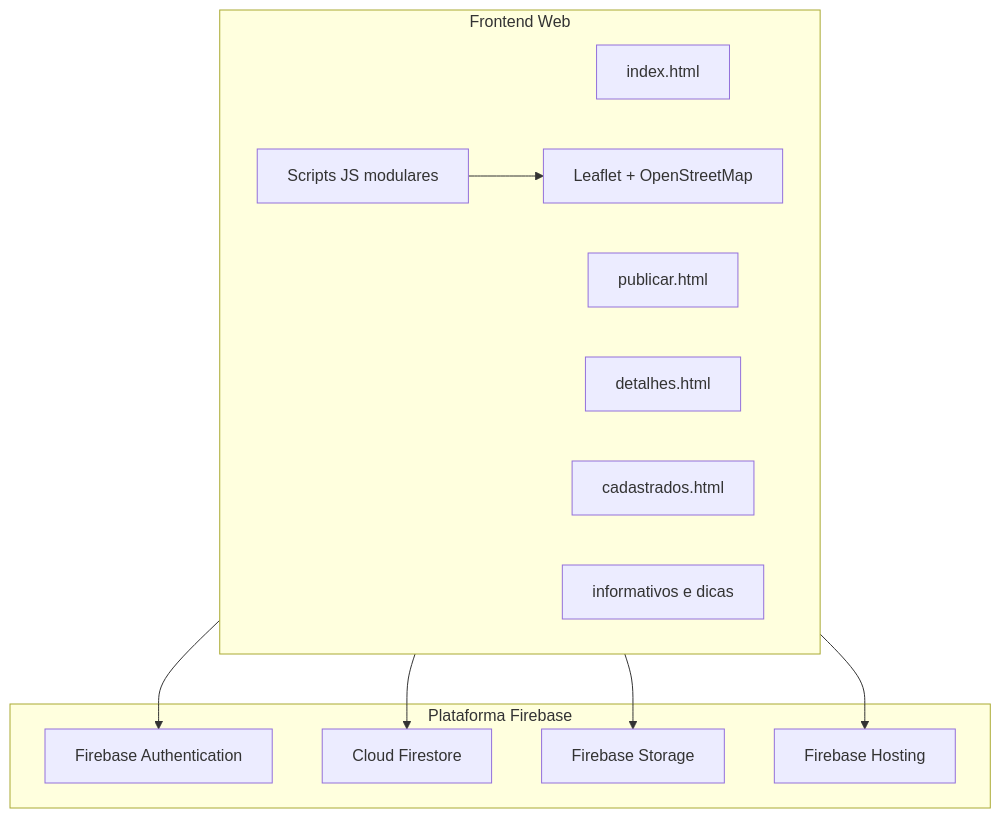
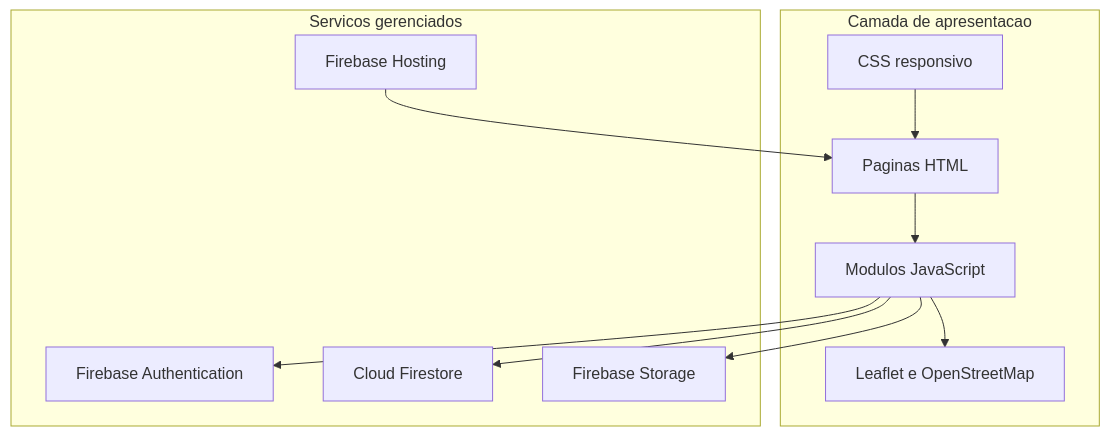
One commit to Reminsonrps/PetConecta changed the seventh of 11 diagrams in docs/modelagem-site.md. Above: the diagram before and after it, drawn with Mermaid. The commit also changed other lines of this file and 163 other files, not shown here.

````diff
--- a/docs/modelagem-site.md
+++ b/docs/modelagem-site.md
@@ -59,25 +335,24 @@
 ```mermaid
 flowchart TB
-    subgraph Cliente[Frontend Web]
-        H1[index.html]
-        H2[publicar.html]
-        H3[detalhes.html]
-        H4[cadastrados.html]
-        H5[informativos e dicas]
-        JS[Scripts JS modulares]
-        MAP[Leaflet + OpenStreetMap]
+    subgraph Apresentacao[Camada de apresentacao]
+        HTML[Paginas HTML]
+        CSS[CSS responsivo]
+        JS[Modulos JavaScript]
+        MAP[Leaflet e OpenStreetMap]
     end
 
-    subgraph Firebase[Plataforma Firebase]
+    subgraph Servicos[Servicos gerenciados]
         AUTH[Firebase Authentication]
-        FS[Cloud Firestore]
-        ST[Firebase Storage]
+        DB[Cloud Firestore]
+        STORAGE[Firebase Storage]
         HOST[Firebase Hosting]
     end
 
-    Cliente --> AUTH
-    Cliente --> FS
-    Cliente --> ST
-    Cliente --> HOST
+    HTML --> JS
+    CSS --> HTML
+    JS --> AUTH
+    JS --> DB
+    JS --> STORAGE
     JS --> MAP
+    HOST --> HTML
 ```
````
